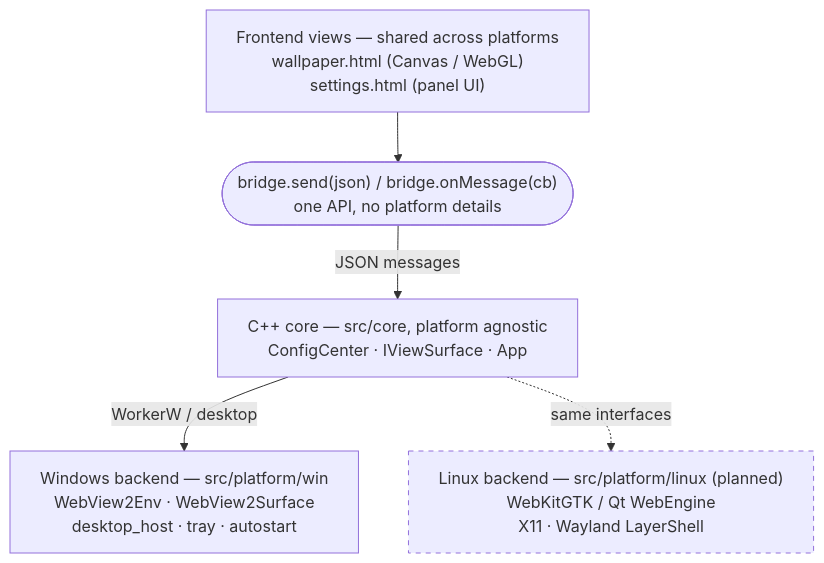
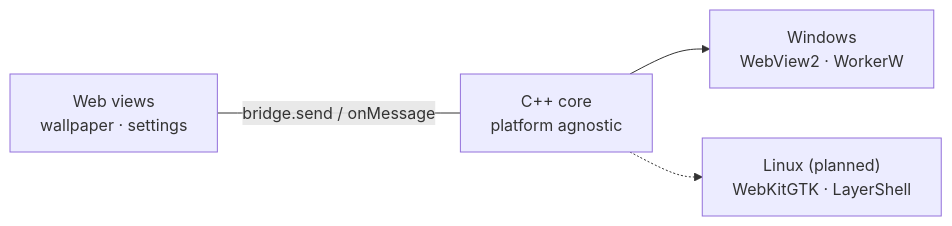
The diagram in README.md (SuFonz/fleeting-light), drawn with Mermaid before and after one commit. The commit also changed other lines of this file and 1 other file, not shown here.

````diff
--- a/README.md
+++ b/README.md
@@ -15,17 +15,6 @@
 ```mermaid
-%%{init: {"flowchart": {"wrappingWidth": 380}}}%%
-flowchart TD
-    FE["Frontend views — shared across platforms<br/>wallpaper.html (Canvas / WebGL)<br/>settings.html (panel UI)"]
-    BR(["bridge.send(json) / bridge.onMessage(cb)<br/>one API, no platform details"])
-    CORE["C++ core — src/core, platform agnostic<br/>ConfigCenter · IViewSurface · App"]
-    WIN["Windows backend — src/platform/win<br/>WebView2Env · WebView2Surface<br/>desktop_host · tray · autostart"]
-    LNX["Linux backend — src/platform/linux (planned)<br/>WebKitGTK / Qt WebEngine<br/>X11 · Wayland LayerShell"]
-
-    FE --> BR
-    BR -->|"JSON messages"| CORE
-    CORE -->|"WorkerW / desktop"| WIN
-    CORE -.->|"same interfaces"| LNX
-
-    classDef planned stroke-dasharray: 5 5
-    class LNX planned
+flowchart LR
+    FE["Web views<br/>wallpaper · settings"] ---|"bridge.send / onMessage"| CORE["C++ core<br/>platform agnostic"]
+    CORE --> WIN["Windows<br/>WebView2 · WorkerW"]
+    CORE -.-> LNX["Linux (planned)<br/>WebKitGTK · LayerShell"]
 ```
````
